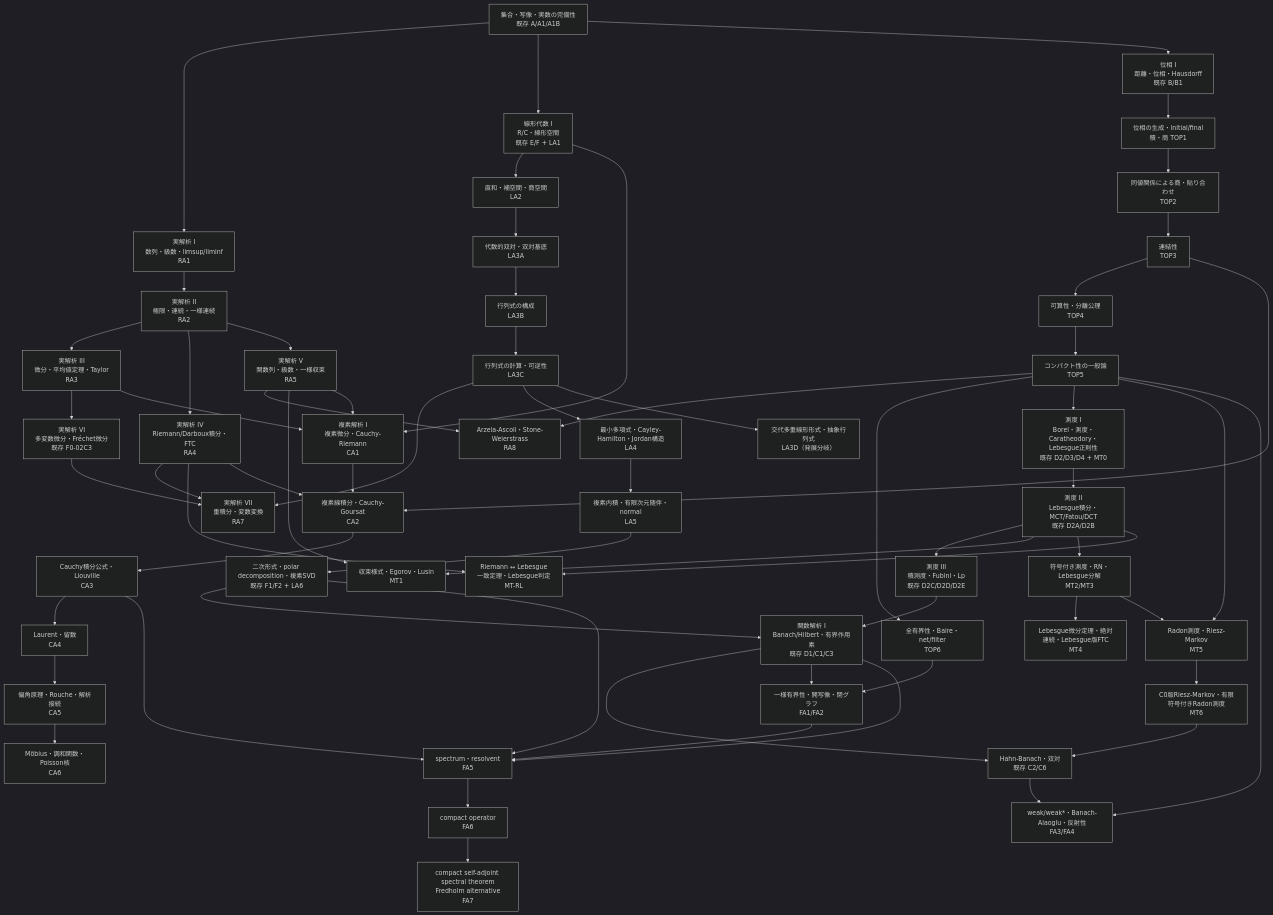
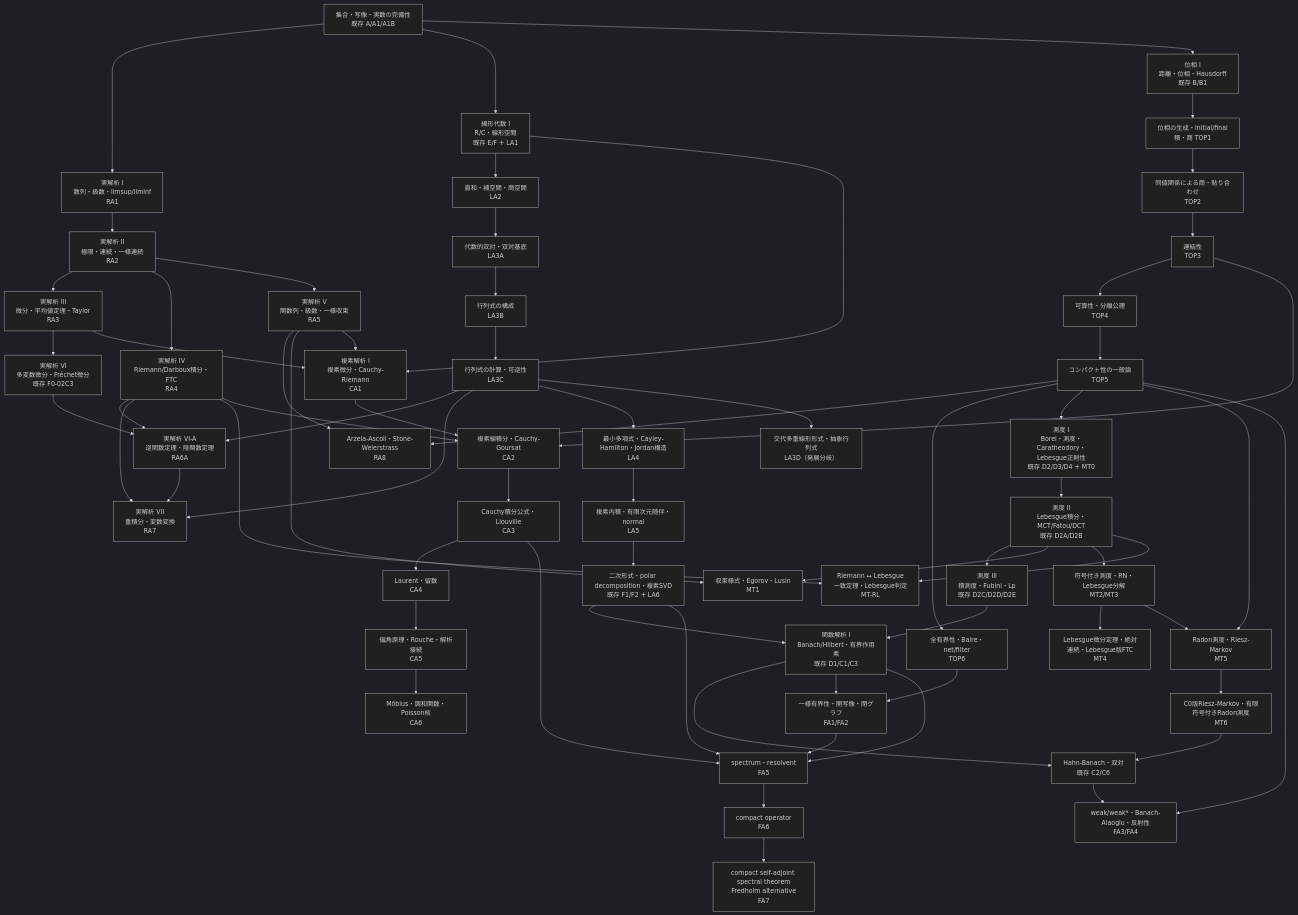
Before and after one commit to InSuns21/toukei-kentei_grade1_preparation: the diagram in textbook/dream-theater-standard-math-core.md, drawn with Mermaid (dark theme). The commit also changed other lines of this file and 10 other files, not shown here.

````diff
--- a/textbook/dream-theater-standard-math-core.md
+++ b/textbook/dream-theater-standard-math-core.md
@@ -26,76 +26,79 @@
 ```mermaid
 flowchart TD
   A["集合・写像・実数の完備性<br/>既存 A/A1/A1B"]
 
   A --> RA1["実解析 I<br/>数列・級数・limsup/liminf<br/>RA1"]
   A --> LA1["線形代数 I<br/>R/C・線形空間<br/>既存 E/F + LA1"]
   A --> TOP0["位相 I<br/>距離・位相・Hausdorff<br/>既存 B/B1"]
 
   RA1 --> RA2["実解析 II<br/>極限・連続・一様連続<br/>RA2"]
   RA2 --> RA3["実解析 III<br/>微分・平均値定理・Taylor<br/>RA3"]
   RA2 --> RA4["実解析 IV<br/>Riemann/Darboux積分・FTC<br/>RA4"]
   RA2 --> RA5["実解析 V<br/>関数列・級数・一様収束<br/>RA5"]
   RA3 --> RA6["実解析 VI<br/>多変数微分・Fréchet微分<br/>既存 F0-02C3"]
+  RA4 --> RA6A["実解析 VI-A<br/>逆関数定理・陰関数定理<br/>RA6A"]
+  RA6 --> RA6A
+  LA3C --> RA6A
   RA4 --> RA7["実解析 VII<br/>重積分・変数変換<br/>RA7"]
-  RA6 --> RA7
+  RA6A --> RA7
   LA3C --> RA7
   RA5 --> RA8["Arzela-Ascoli・Stone-Weierstrass<br/>RA8"]
   TOP5 --> RA8
 
   TOP0 --> TOP1["位相の生成・initial/final<br/>積・商 TOP1"]
   TOP1 --> TOP2["同値関係による商・貼り合わせ<br/>TOP2"]
   TOP2 --> TOP3["連結性<br/>TOP3"]
   TOP3 --> TOP4["可算性・分離公理<br/>TOP4"]
   TOP4 --> TOP5["コンパクト性の一般論<br/>TOP5"]
   TOP5 --> BAIRE["全有界性・Baire・net/filter<br/>TOP6"]
 
   LA1 --> LA2["直和・補空間・商空間<br/>LA2"]
   LA2 --> LA3A["代数的双対・双対基底<br/>LA3A"]
   LA3A --> LA3B["行列式の構成<br/>LA3B"]
   LA3B --> LA3C["行列式の計算・可逆性<br/>LA3C"]
   LA3C --> LA4["最小多項式・Cayley-Hamilton・Jordan構造<br/>LA4"]
   LA3C --> LA3D["交代多重線形形式・抽象行列式<br/>LA3D（発展分岐）"]
   LA4 --> LA5["複素内積・有限次元随伴・normal<br/>LA5"]
   LA5 --> LA6["二次形式・polar decomposition・複素SVD<br/>既存 F1/F2 + LA6"]
 
   TOP5 --> MT0["測度 I<br/>Borel・測度・Caratheodory・Lebesgue正則性<br/>既存 D2/D3/D4 + MT0"]
   MT0 --> MTI["測度 II<br/>Lebesgue積分・MCT/Fatou/DCT<br/>既存 D2A/D2B"]
   MTI --> MTP["測度 III<br/>積測度・Fubini・Lp<br/>既存 D2C/D2D/D2E"]
   MTI --> MT1["収束様式・Egorov・Lusin<br/>MT1"]
   RA5 --> MT1
   MTI --> MT2["符号付き測度・RN・Lebesgue分解<br/>MT2/MT3"]
 
   RA4 --> RLB["Riemann ↔ Lebesgue<br/>一致定理・Lebesgue判定<br/>MT-RL"]
   MTI --> RLB
 
   MT2 --> MT4["Lebesgue微分定理・絶対連続・Lebesgue版FTC<br/>MT4"]
   TOP5 --> MT5["Radon測度・Riesz-Markov<br/>MT5"]
   MT2 --> MT5
 
   RA3 --> CA1["複素解析 I<br/>複素微分・Cauchy-Riemann<br/>CA1"]
   RA5 --> CA1
   LA1 --> CA1
   CA1 --> CA2["複素線積分・Cauchy-Goursat<br/>CA2"]
   RA4 --> CA2
   TOP3 --> CA2
   CA2 --> CA3["Cauchy積分公式・Liouville<br/>CA3"]
   CA3 --> CA4["Laurent・留数<br/>CA4"]
   CA4 --> CA5["偏角原理・Rouche・解析接続<br/>CA5"]
   CA5 --> CA6["Möbius・調和関数・Poisson核<br/>CA6"]
 
   MTP --> FA0["関数解析 I<br/>Banach/Hilbert・有界作用素<br/>既存 D1/C1/C3"]
   LA6 --> FA0
   FA0 --> HB["Hahn-Banach・双対<br/>既存 C2/C6"]
   BAIRE --> FA2["一様有界性・開写像・閉グラフ<br/>FA1/FA2"]
   FA0 --> FA2
   HB --> FA4["weak/weak*・Banach-Alaoglu・反射性<br/>FA3/FA4"]
   TOP5 --> FA4
   FA0 --> FA5["spectrum・resolvent<br/>FA5"]
   FA2 --> FA5
   LA6 --> FA5
   CA3 --> FA5
   FA5 --> FA6["compact operator<br/>FA6"]
   FA6 --> FA7["compact self-adjoint spectral theorem<br/>Fredholm alternative<br/>FA7"]
   MT5 --> MT6["C0版Riesz-Markov・有限符号付きRadon測度<br/>MT6"]
   MT6 --> HB
 ```
````
